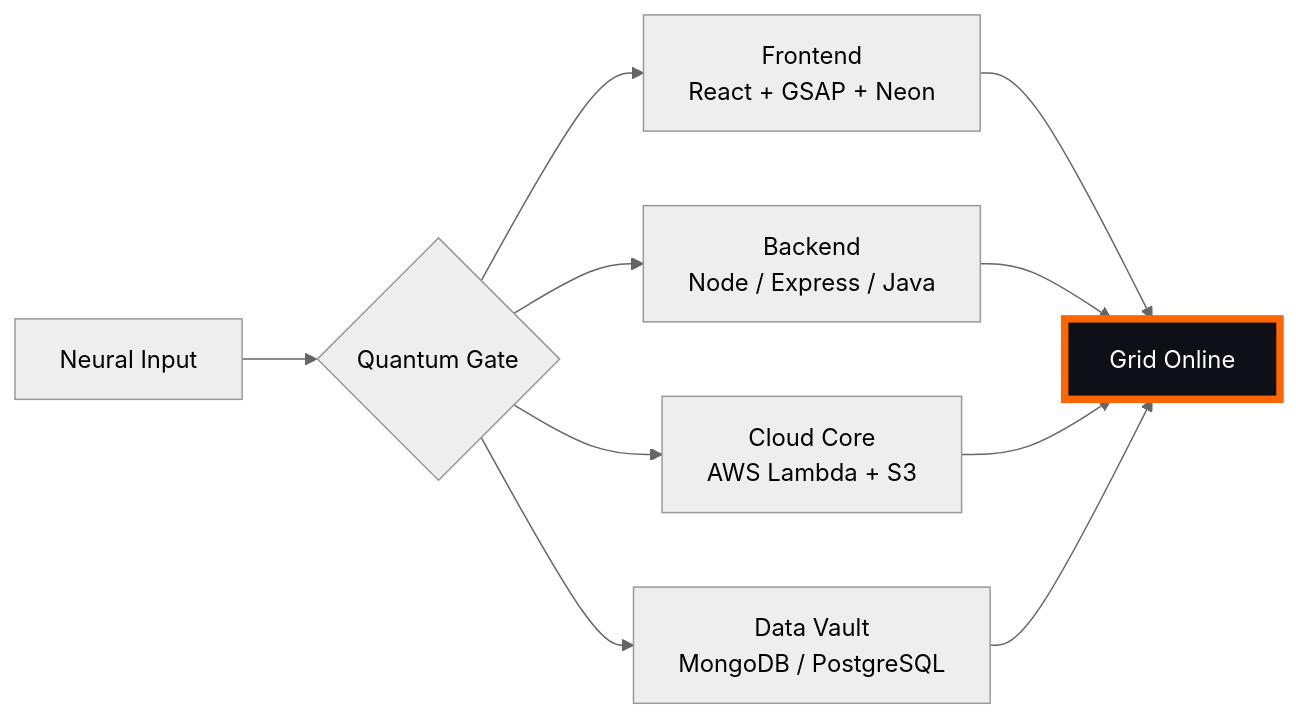
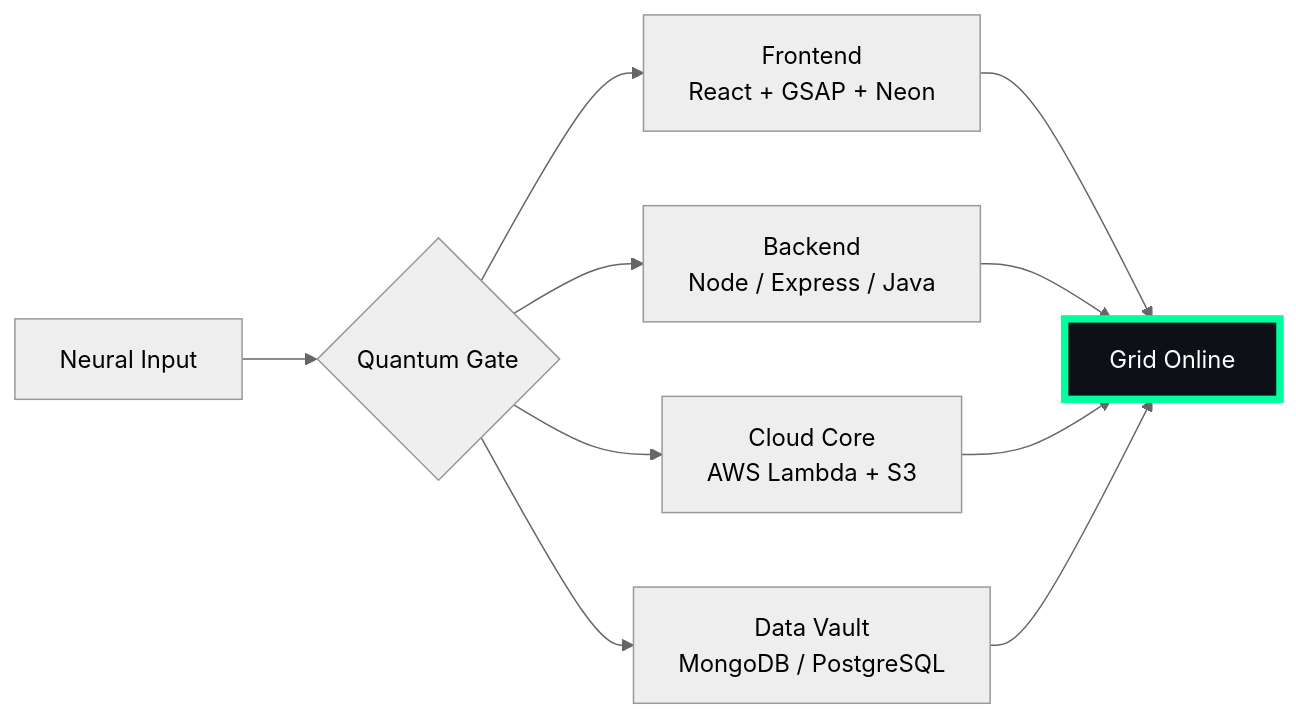
The diagram in README.md (pendemvamsi/pendemvamsi), drawn with Mermaid (neutral theme) before and after one commit. The commit also changed other lines of this file and 1 other file, not shown here.

````diff
--- a/README.md
+++ b/README.md
@@ -32,10 +32,10 @@
 ```mermaid
 flowchart LR
     U[Neural Input] --> G{Quantum Gate}
     G --> F[Frontend<br>React + GSAP + Neon]
     G --> B[Backend<br>Node / Express / Java]
     G --> C[Cloud Core<br>AWS Lambda + S3]
     G --> D[Data Vault<br>MongoDB / PostgreSQL]
     F & B & C & D --> O[Grid Online]
-    style O fill:#0d1117,stroke:#FF6600,stroke-width:5px,color:#fff
+    style O fill:#0d1117,stroke:#00FF9D,stroke-width:5px,color:#fff
 ```
````
